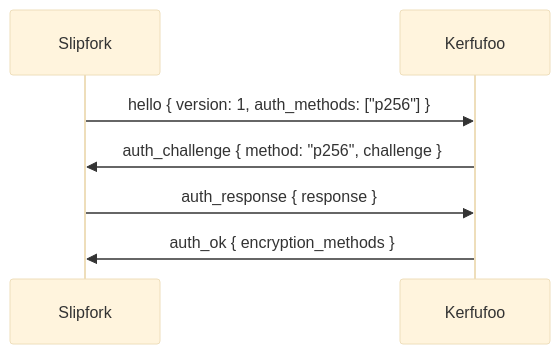
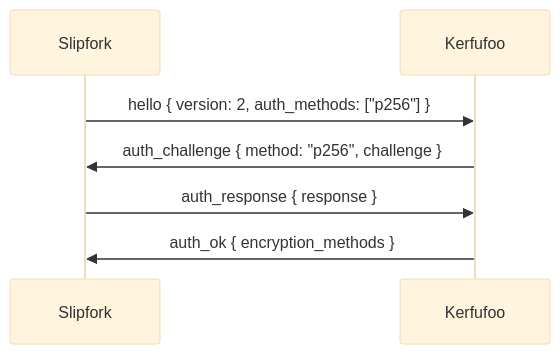
One commit to OffworldNexus/slipfork changed the first of 4 diagrams in docs/design/ospp.md. Above: the diagram before and after it, drawn with Mermaid (base theme). The commit also changed other lines of this file and 41 other files, not shown here.

````diff
--- a/docs/design/ospp.md
+++ b/docs/design/ospp.md
@@ -11,9 +11,9 @@
 ```mermaid
 sequenceDiagram
   participant C as Slipfork
   participant S as Kerfufoo
-  C->>S: hello { version: 1, auth_methods: ["p256"] }
+  C->>S: hello { version: 2, auth_methods: ["p256"] }
   S->>C: auth_challenge { method: "p256", challenge }
   C->>S: auth_response { response }
   S->>C: auth_ok { encryption_methods }
 ```
````
